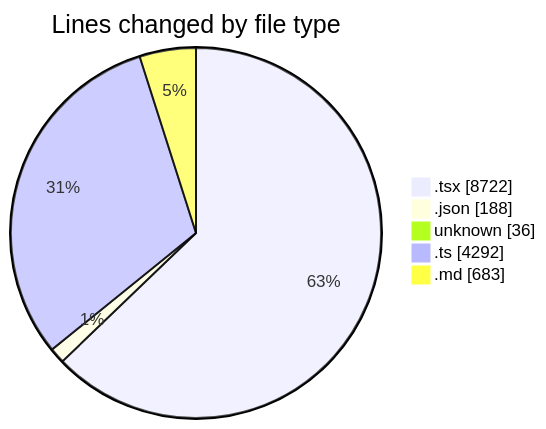
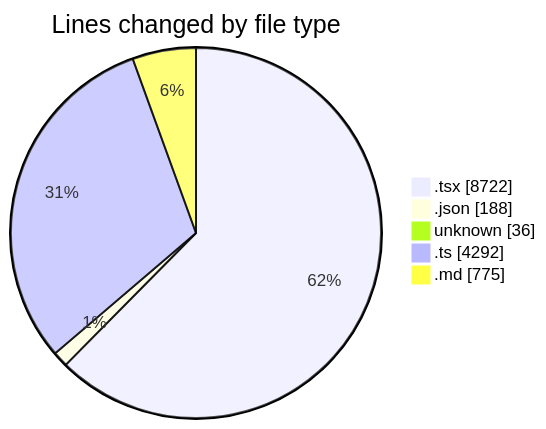
The first of 2 diagrams in 2025-01-03/tinycms/README.md (ernivani/code-tracking), drawn with Mermaid before and after one commit. The commit also changed other lines of this file and 5 other files, not shown here.

````diff
--- a/2025-01-03/tinycms/README.md
+++ b/2025-01-03/tinycms/README.md
@@ -64,9 +64,9 @@
 ```mermaid
 pie showData
 title Lines changed by file type
 ".tsx" : 8722
 ".json" : 188
 "unknown" : 36
 ".ts" : 4292
-".md" : 683
+".md" : 775
 ```
````
